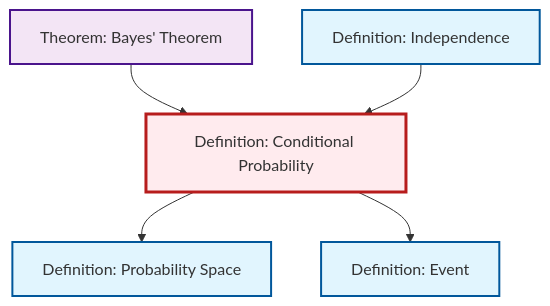
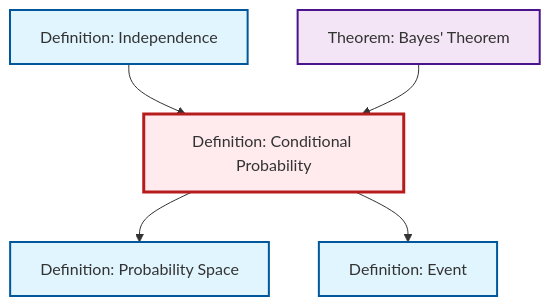
Before and after one commit to RK0429/ModernMath: the diagram in content/en/probability-statistics/def-conditional-probability.qmd, drawn with Mermaid. The commit also changed other lines of this file and 531 other files, not shown here.

````diff
--- a/content/en/probability-statistics/def-conditional-probability.qmd
+++ b/content/en/probability-statistics/def-conditional-probability.qmd
@@ -69,23 +69,23 @@
 ```{mermaid}
 %%| fig-cap: "Local dependency graph"
 graph TD
     classDef definition fill:#e1f5fe,stroke:#01579b,stroke-width:2px
     classDef theorem fill:#f3e5f5,stroke:#4a148c,stroke-width:2px
     classDef axiom fill:#fff3e0,stroke:#e65100,stroke-width:2px
     classDef example fill:#e8f5e9,stroke:#1b5e20,stroke-width:2px
     classDef current fill:#ffebee,stroke:#b71c1c,stroke-width:3px
+    thm-bayes["Theorem: Bayes' Theorem"]:::theorem
+    def-probability-space["Definition: Probability Space"]:::definition
+    def-event["Definition: Event"]:::definition
     def-conditional-probability["Definition: Conditional Probability"]:::definition
-    def-event["Definition: Event"]:::definition
-    thm-bayes["Theorem: Bayes' Theorem"]:::theorem
     def-independence["Definition: Independence"]:::definition
-    def-probability-space["Definition: Probability Space"]:::definition
+    def-conditional-probability --> def-probability-space
+    def-independence --> def-conditional-probability
     thm-bayes --> def-conditional-probability
-    def-conditional-probability --> def-probability-space
     def-conditional-probability --> def-event
-    def-independence --> def-conditional-probability
     class def-conditional-probability current
+    click thm-bayes "thm-bayes.html" "Go to Bayes' Theorem theorem"
+    click def-probability-space "def-probability-space.html" "Go to Probability Space definition"
     click def-event "def-event.html" "Go to Event definition"
-    click thm-bayes "thm-bayes.html" "Go to Bayes' Theorem theorem"
     click def-independence "def-independence.html" "Go to Independence definition"
-    click def-probability-space "def-probability-space.html" "Go to Probability Space definition"
 ```
````
